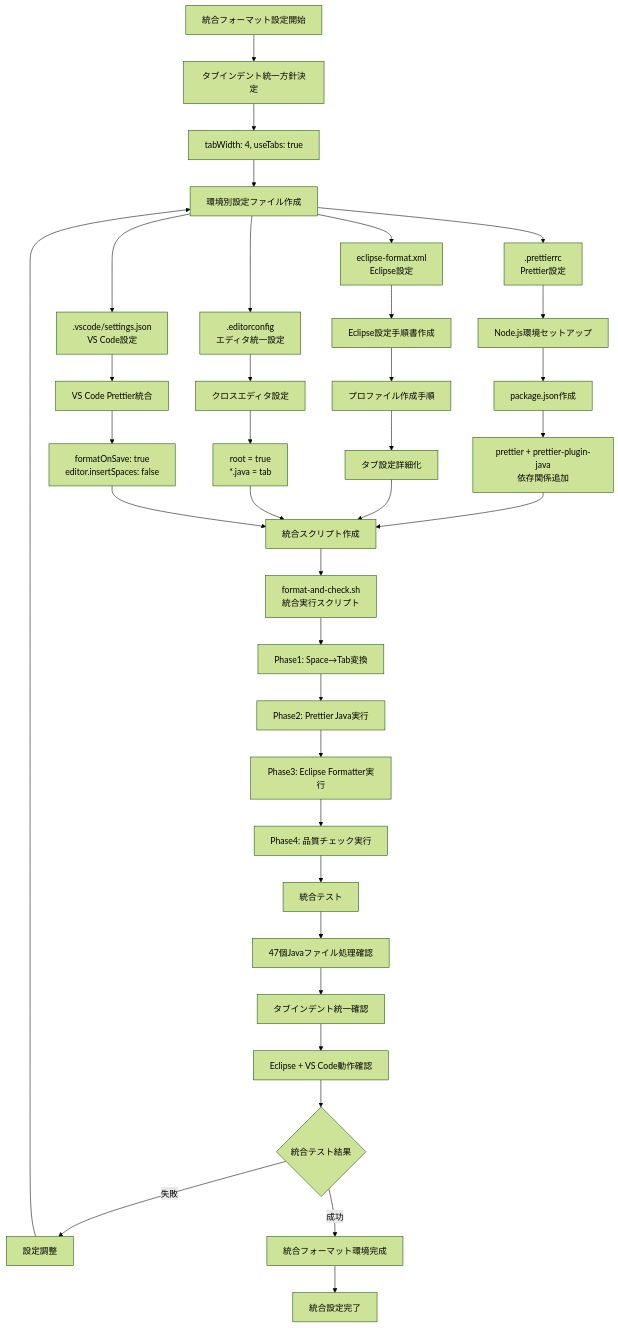
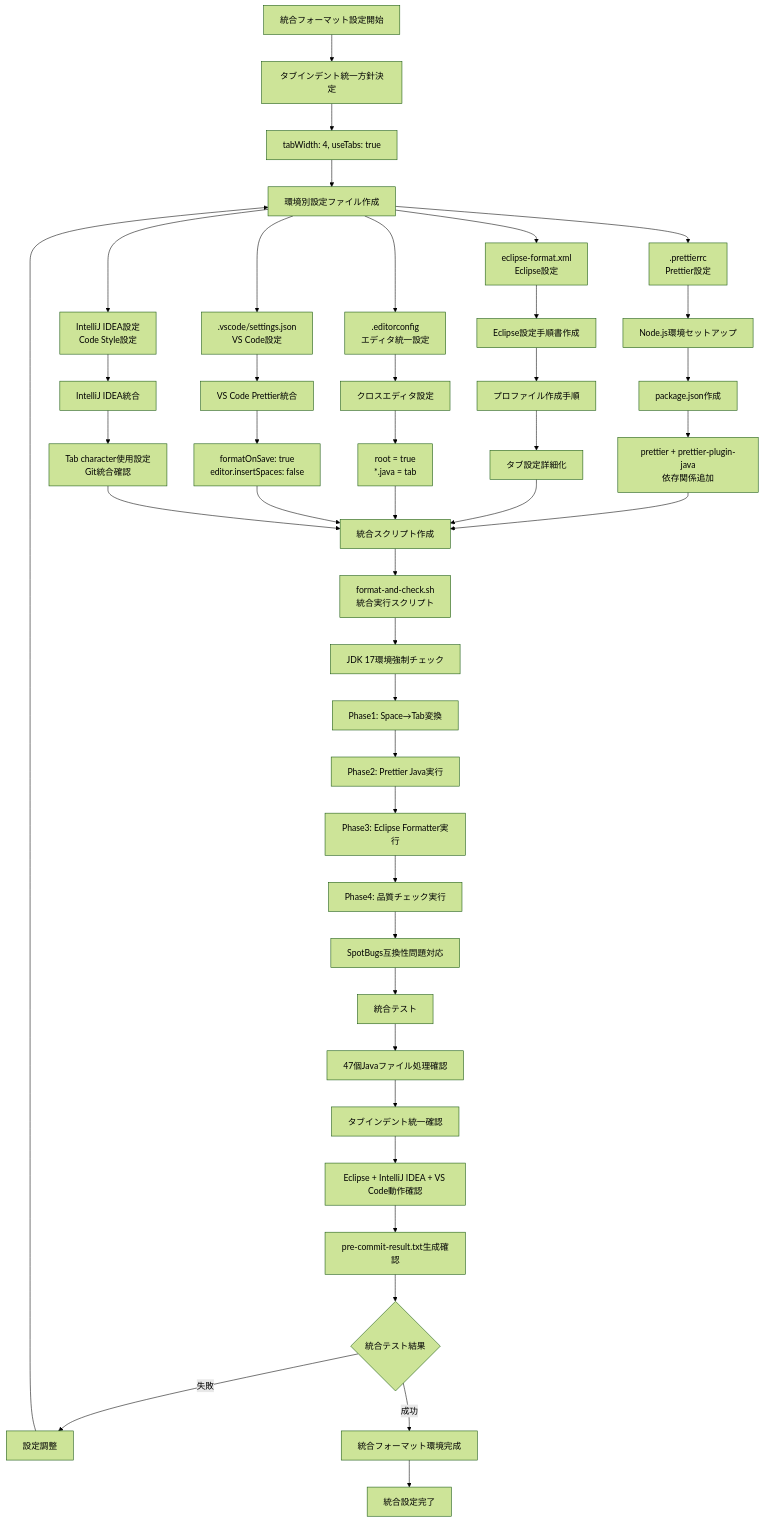
Before and after one commit to digital-ojt/development-webCourse-DroneInventorySystem: the eighth of 17 diagrams in scripts/STATIC_ANALYSIS_TOOLS_FEATURE_DIAGRAM.md, drawn with Mermaid (forest theme). The commit also changed other lines of this file and 1 other file, not shown here.

Commit message:
シーケンス図の更新

````diff
--- a/scripts/STATIC_ANALYSIS_TOOLS_FEATURE_DIAGRAM.md
+++ b/scripts/STATIC_ANALYSIS_TOOLS_FEATURE_DIAGRAM.md
@@ -290,50 +379,58 @@
 ```mermaid
 flowchart TD
     START[統合フォーマット設定開始]
     
     START --> A1[タブインデント統一方針決定]
     A1 --> A2[tabWidth: 4, useTabs: true]
     
     A2 --> B1[環境別設定ファイル作成]
     B1 --> B2[.prettierrc<br/>Prettier設定]
     B1 --> B3[eclipse-format.xml<br/>Eclipse設定]
     B1 --> B4[.editorconfig<br/>エディタ統一設定]
     B1 --> B5[.vscode/settings.json<br/>VS Code設定]
+    B1 --> B6[IntelliJ IDEA設定<br/>Code Style設定]
     
     B2 --> C1[Node.js環境セットアップ]
     C1 --> C2[package.json作成]
     C2 --> C3[prettier + prettier-plugin-java<br/>依存関係追加]
     
     B3 --> D1[Eclipse設定手順書作成]
     D1 --> D2[プロファイル作成手順]
     D2 --> D3[タブ設定詳細化]
     
     B4 --> E1[クロスエディタ設定]
     E1 --> E2[root = true<br/>*.java = tab]
     
     B5 --> F1[VS Code Prettier統合]
     F1 --> F2[formatOnSave: true<br/>editor.insertSpaces: false]
     
-    C3 --> G1[統合スクリプト作成]
-    D3 --> G1
-    E2 --> G1
-    F2 --> G1
+    B6 --> G1[IntelliJ IDEA統合]
+    G1 --> G2[Tab character使用設定<br/>Git統合確認]
     
-    G1 --> G2[format-and-check.sh<br/>統合実行スクリプト]
-    G2 --> G3[Phase1: Space→Tab変換]
-    G3 --> G4[Phase2: Prettier Java実行]
-    G4 --> G5[Phase3: Eclipse Formatter実行]
-    G5 --> G6[Phase4: 品質チェック実行]
+    C3 --> H1[統合スクリプト作成]
+    D3 --> H1
+    E2 --> H1
+    F2 --> H1
+    G2 --> H1
     
-    G6 --> H1[統合テスト]
-    H1 --> H2[47個Javaファイル処理確認]
-    H2 --> H3[タブインデント統一確認]
-    H3 --> H4[Eclipse + VS Code動作確認]
+    H1 --> H2[format-and-check.sh<br/>統合実行スクリプト]
+    H2 --> H3[JDK 17環境強制チェック]
+    H3 --> H4[Phase1: Space→Tab変換]
+    H4 --> H5[Phase2: Prettier Java実行]
+    H5 --> H6[Phase3: Eclipse Formatter実行]
+    H6 --> H7[Phase4: 品質チェック実行]
+    H7 --> H8[SpotBugs互換性問題対応]
     
-    H4 --> I1{統合テスト結果}
-    I1 -->|失敗| J1[設定調整]
-    I1 -->|成功| K1[統合フォーマット環境完成]
+    H8 --> I1[統合テスト]
+    I1 --> I2[47個Javaファイル処理確認]
+    I2 --> I3[タブインデント統一確認]
+    I3 --> I4[Eclipse + IntelliJ IDEA + VS Code動作確認]
+    I4 --> I5[pre-commit-result.txt生成確認]
     
-    J1 --> B1
-    K1 --> END[統合設定完了]
+    I5 --> J1{統合テスト結果}
+    J1 -->|失敗| K1[設定調整]
+    J1 -->|成功| L1[統合フォーマット環境完成]
+    
+    K1 --> B1
+    L1 --> END[統合設定完了]
 ```
````
